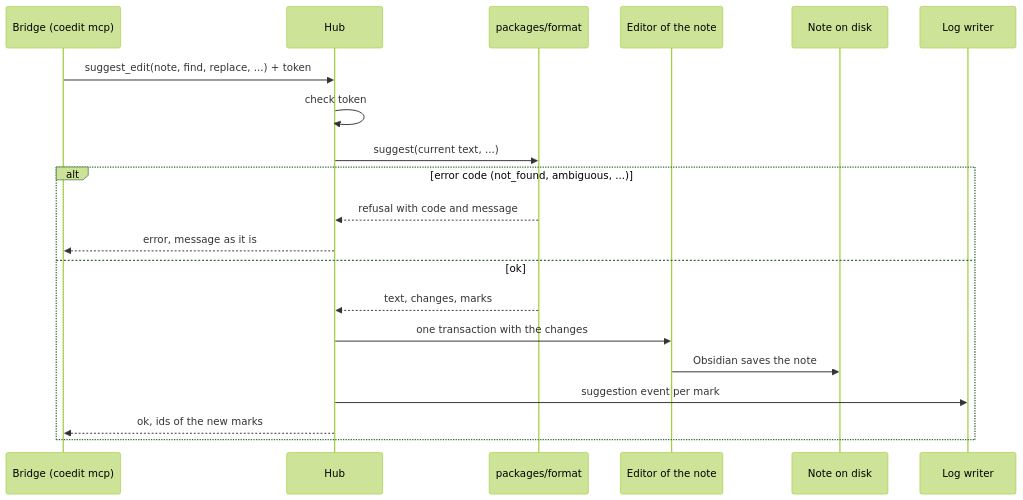
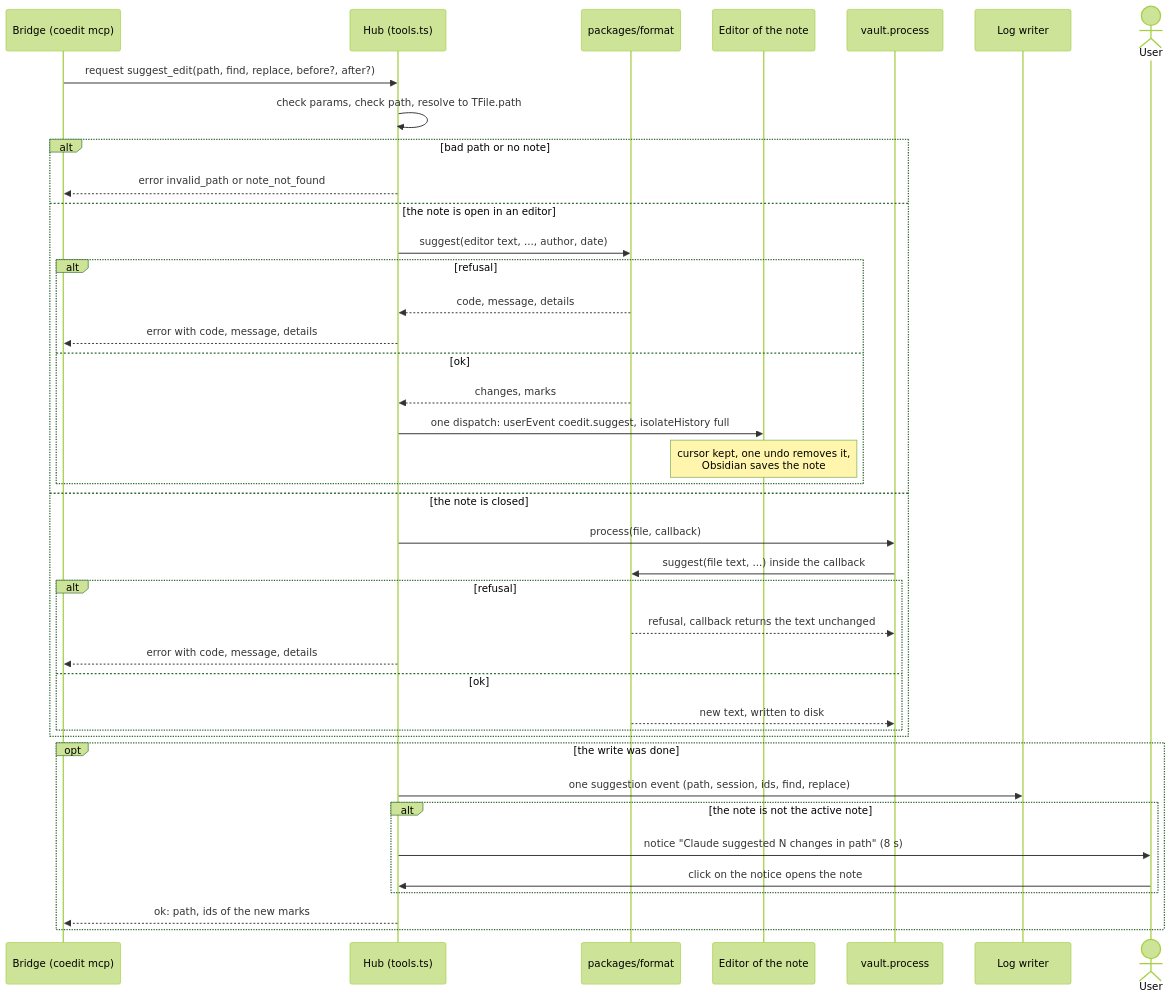
The sixth of 6 diagrams in openspec/docs/architecture-obsidian.md (novazembla/md-coeditor), drawn with Mermaid (forest theme) before and after one commit. The commit also changed other lines of this file and 140 other files, not shown here.

Commit message:
applies add-claude-suggest-loop

````diff
--- a/openspec/docs/architecture-obsidian.md
+++ b/openspec/docs/architecture-obsidian.md
@@ -189,23 +241,43 @@
 ```mermaid
 sequenceDiagram
   participant B as Bridge (coedit mcp)
-  participant H as Hub
+  participant H as Hub (tools.ts)
   participant F as packages/format
   participant CM as Editor of the note
-  participant N as Note on disk
+  participant V as vault.process
   participant L as Log writer
+  actor U as User
 
-  B->>H: suggest_edit(note, find, replace, ...) + token
-  H->>H: check token
-  H->>F: suggest(current text, ...)
-  alt error code (not_found, ambiguous, ...)
-    F-->>H: refusal with code and message
-    H-->>B: error, message as it is
-  else ok
-    F-->>H: text, changes, marks
-    H->>CM: one transaction with the changes
-    CM->>N: Obsidian saves the note
-    H->>L: suggestion event per mark
-    H-->>B: ok, ids of the new marks
+  B->>H: request suggest_edit(path, find, replace, before?, after?)
+  H->>H: check params, check path, resolve to TFile.path
+  alt bad path or no note
+    H-->>B: error invalid_path or note_not_found
+  else the note is open in an editor
+    H->>F: suggest(editor text, ..., author, date)
+    alt refusal
+      F-->>H: code, message, details
+      H-->>B: error with code, message, details
+    else ok
+      F-->>H: changes, marks
+      H->>CM: one dispatch: userEvent coedit.suggest, isolateHistory full
+      Note over CM: cursor kept, one undo removes it,<br/>Obsidian saves the note
+    end
+  else the note is closed
+    H->>V: process(file, callback)
+    V->>F: suggest(file text, ...) inside the callback
+    alt refusal
+      F-->>V: refusal, callback returns the text unchanged
+      H-->>B: error with code, message, details
+    else ok
+      F-->>V: new text, written to disk
+    end
+  end
+  opt the write was done
+    H->>L: one suggestion event (path, session, ids, find, replace)
+    alt the note is not the active note
+      H->>U: notice "Claude suggested N changes in path" (8 s)
+      U->>H: click on the notice opens the note
+    end
+    H-->>B: ok: path, ids of the new marks
   end
 ```
````
